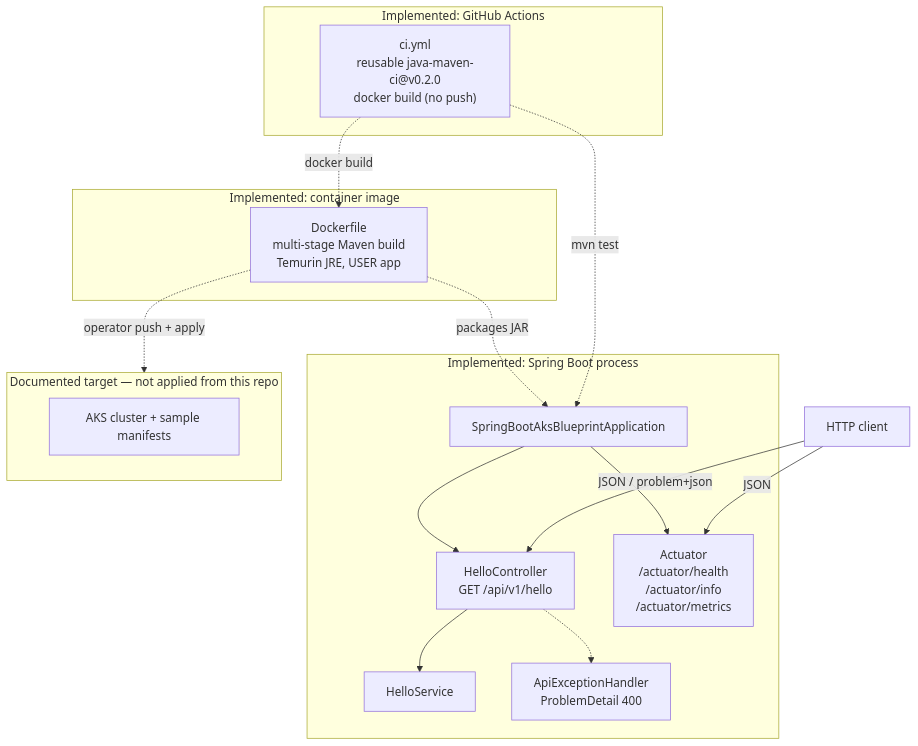
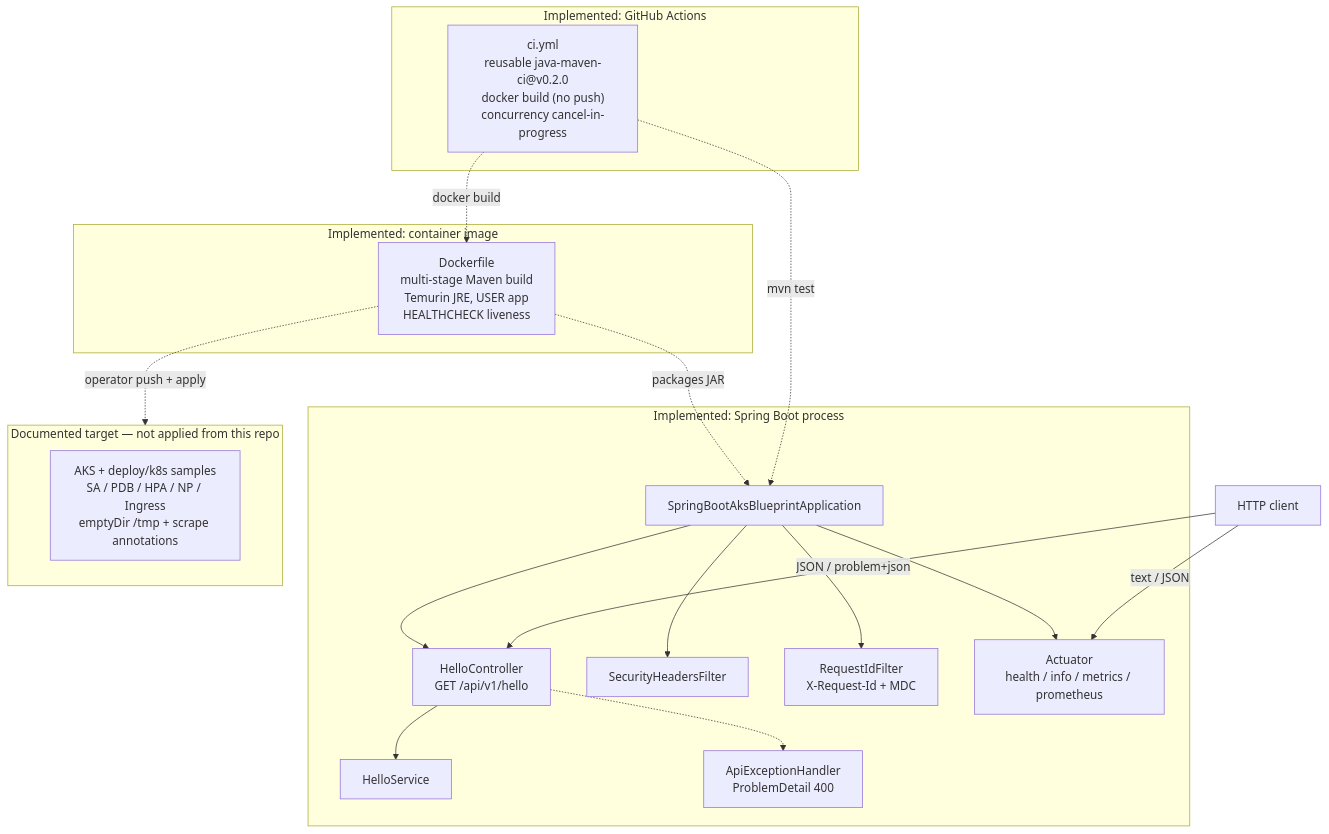
One commit to rmkr-dev/spring-boot-aks-blueprint changed the diagram in docs/architecture/architecture-diagram.md. Above: the diagram before and after it, drawn with Mermaid. The commit also changed other lines of this file and 1 other file, not shown here.

Commit message:
docs(architecture): refresh Mermaid diagram for current surfaces (#54)
* docs(architecture): refresh Mermaid diagram for v1.1+ surfaces

* docs: CHANGELOG for architecture diagram refresh

````diff
--- a/docs/architecture/architecture-diagram.md
+++ b/docs/architecture/architecture-diagram.md
@@ -5,36 +5,40 @@
 ```mermaid
 flowchart TB
   subgraph jvm["Implemented: Spring Boot process"]
     App["SpringBootAksBlueprintApplication"]
     Ctrl["HelloController<br/>GET /api/v1/hello"]
     Svc["HelloService"]
     Err["ApiExceptionHandler<br/>ProblemDetail 400"]
-    Act["Actuator<br/>/actuator/health<br/>/actuator/info<br/>/actuator/metrics"]
+    Headers["SecurityHeadersFilter"]
+    ReqId["RequestIdFilter<br/>X-Request-Id + MDC"]
+    Act["Actuator<br/>health / info / metrics / prometheus"]
     App --> Ctrl
     Ctrl --> Svc
     Ctrl -.-> Err
+    App --> Headers
+    App --> ReqId
     App --> Act
   end
 
   Client["HTTP client"] -->|"JSON / problem+json"| Ctrl
-  Client -->|"JSON"| Act
+  Client -->|"text / JSON"| Act
 
   subgraph image["Implemented: container image"]
-    Docker["Dockerfile<br/>multi-stage Maven build<br/>Temurin JRE, USER app"]
+    Docker["Dockerfile<br/>multi-stage Maven build<br/>Temurin JRE, USER app<br/>HEALTHCHECK liveness"]
   end
 
   Docker -.->|"packages JAR"| App
 
   subgraph ci["Implemented: GitHub Actions"]
-    GHA["ci.yml<br/>reusable java-maven-ci@v0.2.0<br/>docker build (no push)"]
+    GHA["ci.yml<br/>reusable java-maven-ci@v0.2.0<br/>docker build (no push)<br/>concurrency cancel-in-progress"]
   end
 
   GHA -.->|"mvn test"| App
   GHA -.->|"docker build"| Docker
 
   subgraph aks_target["Documented target — not applied from this repo"]
-    AKS["AKS cluster + sample manifests"]
+    AKS["AKS + deploy/k8s samples<br/>SA / PDB / HPA / NP / Ingress<br/>emptyDir /tmp + scrape annotations"]
   end
 
   Docker -.->|"operator push + apply"| aks_target
 ```
````
